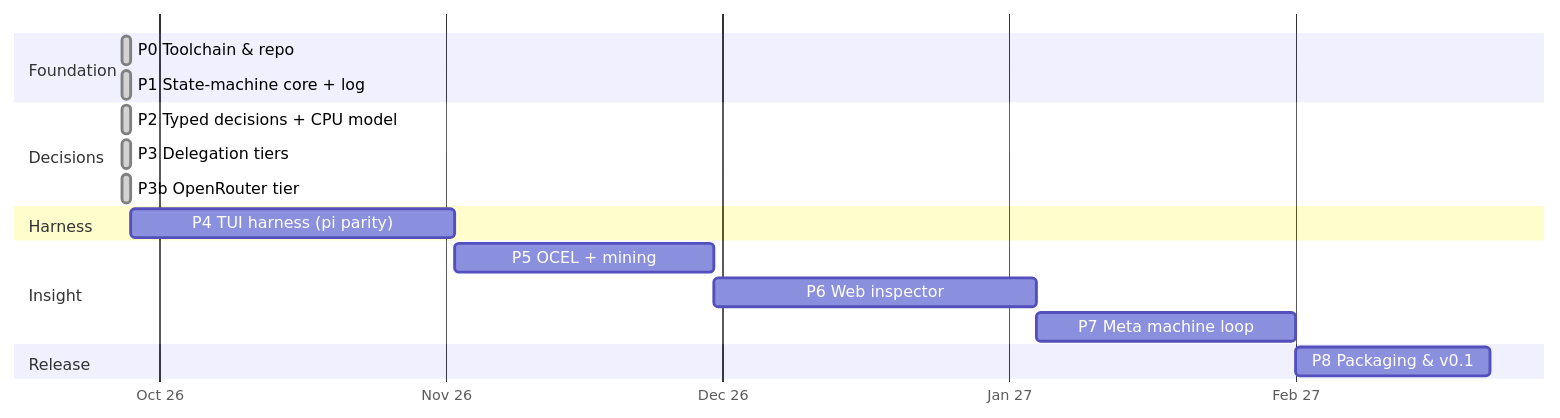
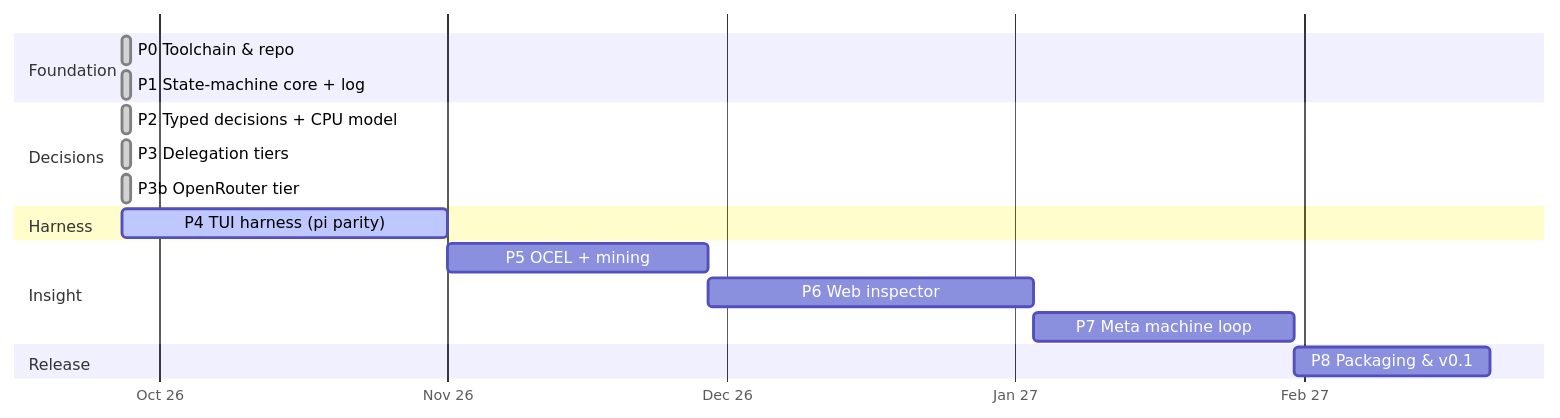
The diagram in docs/implementation-plan.md (romeroabelleira/xeito), drawn with Mermaid before and after one commit. The commit also changed other lines of this file and 37 other files, not shown here.

````diff
--- a/docs/implementation-plan.md
+++ b/docs/implementation-plan.md
@@ -26,20 +26,20 @@
 ```mermaid
 gantt
   dateFormat YYYY-MM-DD
   axisFormat %b %y
   section Foundation
   P0 Toolchain & repo            :done, p0, 2026-09-27, 1d
   P1 State-machine core + log    :done, p1, 2026-09-27, 1d
   section Decisions
   P2 Typed decisions + CPU model :done, p2, 2026-09-27, 1d
   P3 Delegation tiers            :done, p3, 2026-09-27, 1d
   P3b OpenRouter tier            :done, p3b, 2026-09-27, 1d
   section Harness
-  P4 TUI harness (pi parity)     :p4, after p3b, 5w
+  P4 TUI harness (pi parity)     :active, p4, 2026-09-27, 5w
   section Insight
   P5 OCEL + mining               :p5, after p4, 4w
   P6 Web inspector               :p6, after p5, 5w
   P7 Meta machine loop           :p7, after p6, 4w
   section Release
   P8 Packaging & v0.1            :p8, after p7, 3w
 ```
````
